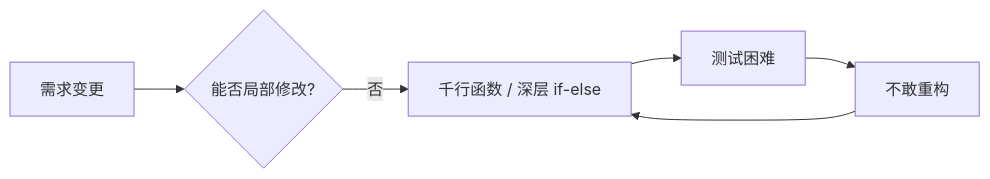
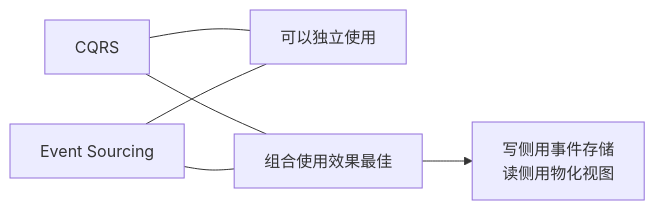
The sixth of 7 diagrams in ecommerce-book/src/part1/chapter3.md (wxquare/wxquare.github.io), drawn with Mermaid before and after one commit. The commit also changed other lines of this file and 18 other files, not shown here.

````diff
--- a/ecommerce-book/src/part1/chapter3.md
+++ b/ecommerce-book/src/part1/chapter3.md
@@ -57,8 +2377,8 @@
 ```mermaid
-flowchart LR
-	A[需求变更] --> B{能否局部修改?}
-	B -->|否| C[千行函数 / 深层 if-else]
-	C --> D[测试困难]
-	D --> E[不敢重构]
-	E --> C
+graph LR
+    A[CQRS] --- B[可以独立使用]
+    C[Event Sourcing] --- B
+    A --- D[组合使用效果最佳]
+    C --- D
+    D --> E[写侧用事件存储<br/>读侧用物化视图]
 ```
````
